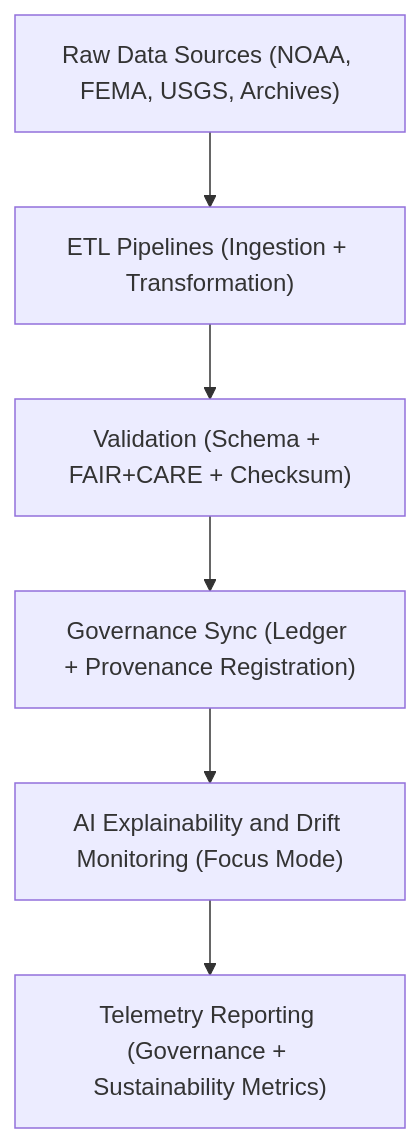
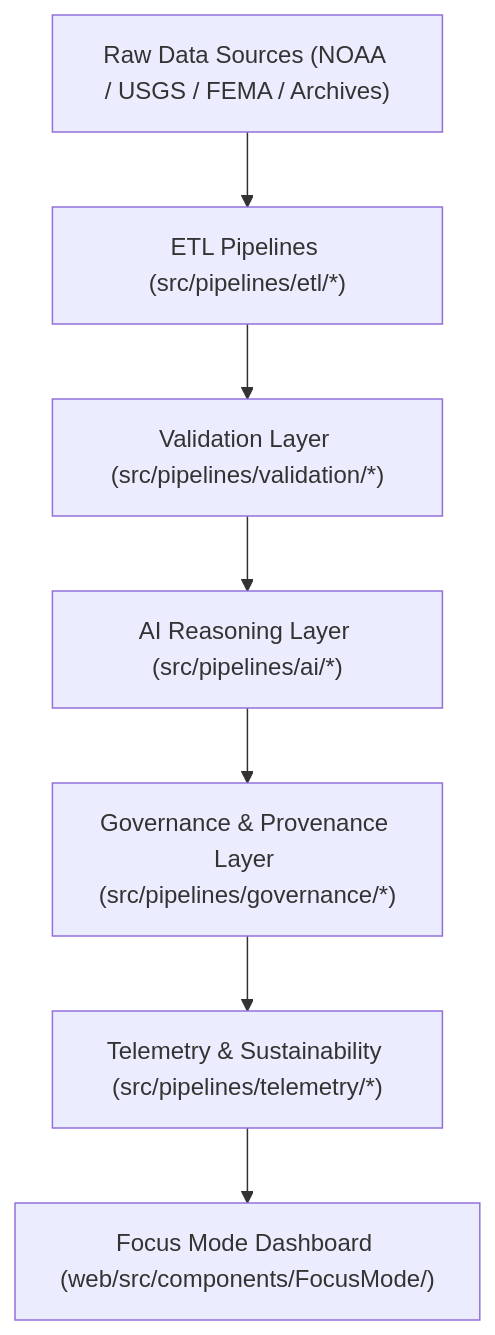
One commit to bartytime4life/Kansas-Frontier-Matrix changed the diagram in src/ARCHITECTURE.md. Above: the diagram before and after it, drawn with Mermaid. The commit also changed other lines of this file, not shown here.

````diff
--- a/src/ARCHITECTURE.md
+++ b/src/ARCHITECTURE.md
@@ -65,8 +52,9 @@
 ```mermaid
-flowchart TD
-    A["Raw Data Sources (NOAA, FEMA, USGS, Archives)"] --> B["ETL Pipelines (Ingestion + Transformation)"]
-    B --> C["Validation (Schema + FAIR+CARE + Checksum)"]
-    C --> D["Governance Sync (Ledger + Provenance Registration)"]
-    D --> E["AI Explainability and Drift Monitoring (Focus Mode)"]
-    E --> F["Telemetry Reporting (Governance + Sustainability Metrics)"]
+graph TD
+    A["Raw Data Sources (NOAA / USGS / FEMA / Archives)"] --> B["ETL Pipelines (src/pipelines/etl/*)"]
+    B --> C["Validation Layer (src/pipelines/validation/*)"]
+    C --> D["AI Reasoning Layer (src/pipelines/ai/*)"]
+    D --> E["Governance & Provenance Layer (src/pipelines/governance/*)"]
+    E --> F["Telemetry & Sustainability (src/pipelines/telemetry/*)"]
+    F --> G["Focus Mode Dashboard (web/src/components/FocusMode/)"]
 ```
````
